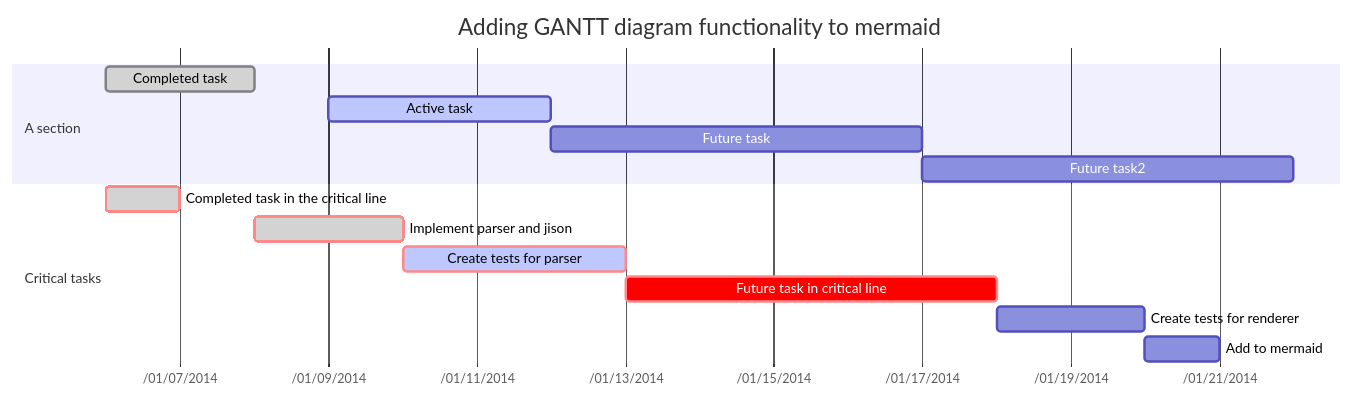
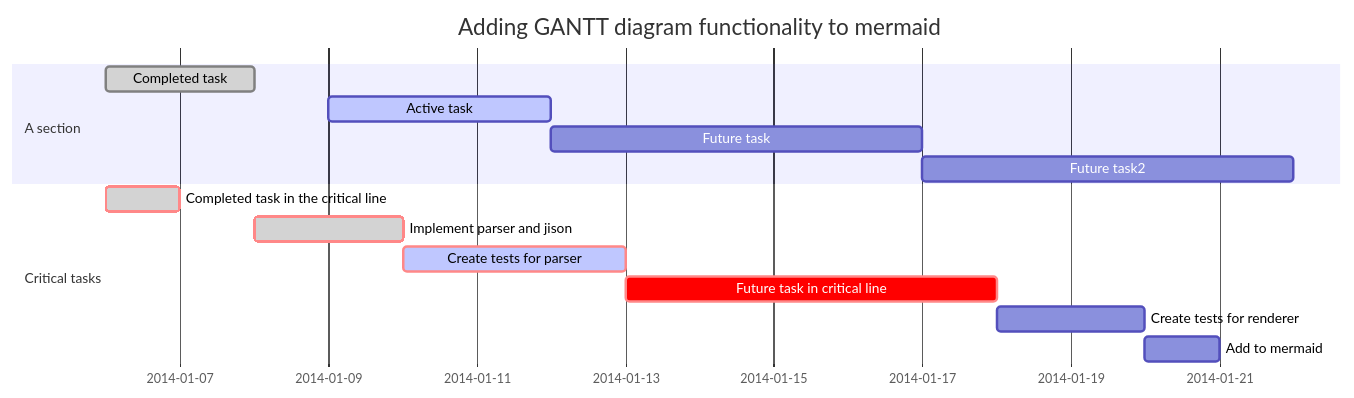
One commit to montanus2019/montanus2019.github.io changed the third of 3 diagrams in _posts/2019-01-08-computer-解决流程图支持问题.md. Above: the diagram before and after it, drawn with Mermaid. The commit also changed other lines of this file and 2 other files, not shown here.

Commit message:
甘特图x轴

```diff
--- a/_posts/2019-01-08-computer-解决流程图支持问题.md
+++ b/_posts/2019-01-08-computer-解决流程图支持问题.md
@@ -112,18 +111,17 @@
 <div class="mermaid">
 gantt 
-        dateFormat YYYY-MM-DD 
-        axisFormat /%m/%d/%Y
+        dateFormat YYYY-MM-DD
         title Adding GANTT diagram functionality to mermaid 
         section A section 
         Completed task :done, des1, 2014-01-06,2014-01-08 
         Active task :active, des2, 2014-01-09, 3d 
         Future task : des3, after des2, 5d 
         Future task2 : des4, after des3, 5d 
         section Critical tasks 
         Completed task in the critical line :crit, done, 2014-01-06,24h 
         Implement parser and jison :crit, done, after des1, 2d 
         Create tests for parser :crit, active, 3d 
         Future task in critical line :crit, 5d 
         Create tests for renderer :2d 
         Add to mermaid :1d
 </div>
```
